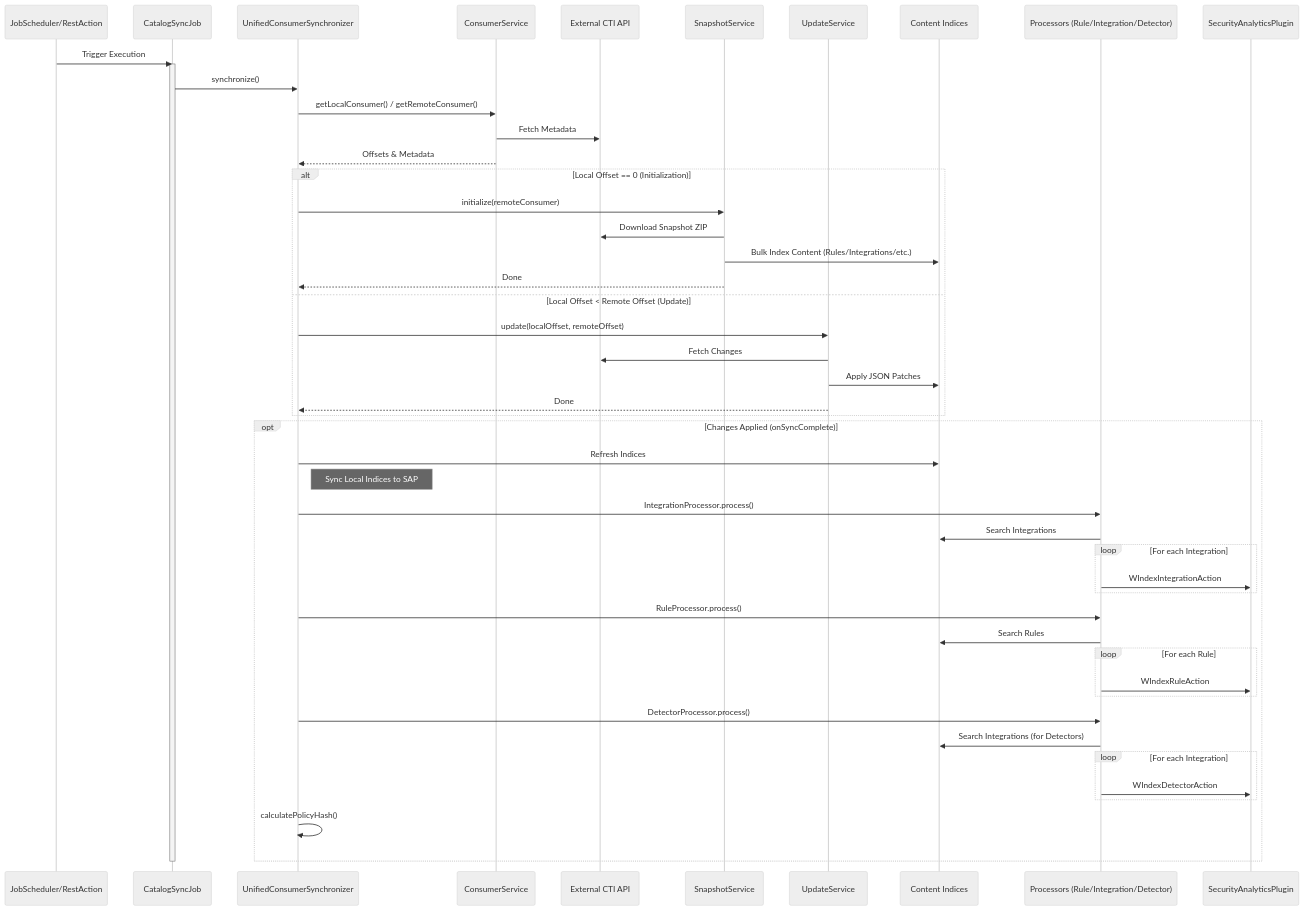
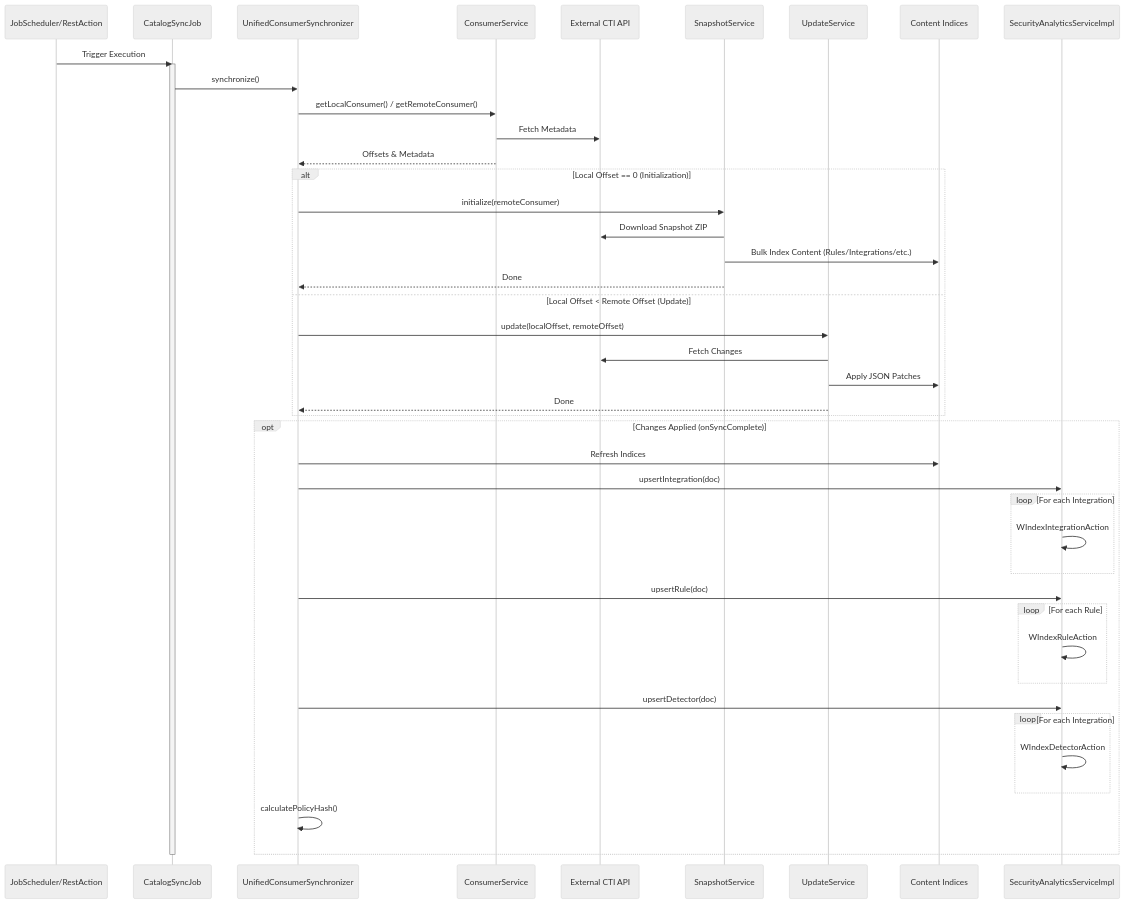
One commit to wazuh/wazuh-indexer-plugins changed the first of 6 diagrams in docs/dev/plugins/content-manager.md. Above: the diagram before and after it, drawn with Mermaid (neutral theme). The commit also changed other lines of this file and 15 other files, not shown here.

````diff
--- a/docs/dev/plugins/content-manager.md
+++ b/docs/dev/plugins/content-manager.md
@@ -192,62 +267,56 @@
 ```mermaid
 sequenceDiagram
     participant Scheduler as JobScheduler/RestAction
     participant SyncJob as CatalogSyncJob
     participant Synchronizer as UnifiedConsumerSynchronizer
     participant ConsumerSvc as ConsumerService
     participant CTI as External CTI API
     participant Snapshot as SnapshotService
     participant Update as UpdateService
     participant Indices as Content Indices
-    participant Processors as Processors (Rule/Integration/Detector)
-    participant SAP as SecurityAnalyticsPlugin
+    participant SAP as SecurityAnalyticsServiceImpl
 
     Scheduler->>SyncJob: Trigger Execution
     activate SyncJob
 
     SyncJob->>Synchronizer: synchronize()
 
     Synchronizer->>ConsumerSvc: getLocalConsumer() / getRemoteConsumer()
     ConsumerSvc->>CTI: Fetch Metadata
     ConsumerSvc-->>Synchronizer: Offsets & Metadata
 
     alt Local Offset == 0 (Initialization)
         Synchronizer->>Snapshot: initialize(remoteConsumer)
         Snapshot->>CTI: Download Snapshot ZIP
         Snapshot->>Indices: Bulk Index Content (Rules/Integrations/etc.)
         Snapshot-->>Synchronizer: Done
     else Local Offset < Remote Offset (Update)
         Synchronizer->>Update: update(localOffset, remoteOffset)
         Update->>CTI: Fetch Changes
         Update->>Indices: Apply JSON Patches
         Update-->>Synchronizer: Done
     end
 
     opt Changes Applied (onSyncComplete)
         Synchronizer->>Indices: Refresh Indices
 
-        Note right of Synchronizer: Sync Local Indices to SAP
-
-        Synchronizer->>Processors: IntegrationProcessor.process()
-        Processors->>Indices: Search Integrations
+        Synchronizer->>SAP: upsertIntegration(doc)
         loop For each Integration
-            Processors->>SAP: WIndexIntegrationAction
+            SAP->>SAP: WIndexIntegrationAction
         end
 
-        Synchronizer->>Processors: RuleProcessor.process()
-        Processors->>Indices: Search Rules
+        Synchronizer->>SAP: upsertRule(doc)
         loop For each Rule
-            Processors->>SAP: WIndexRuleAction
+            SAP->>SAP: WIndexRuleAction
         end
 
-        Synchronizer->>Processors: DetectorProcessor.process()
-        Processors->>Indices: Search Integrations (for Detectors)
+        Synchronizer->>SAP: upsertDetector(doc)
         loop For each Integration
-            Processors->>SAP: WIndexDetectorAction
+            SAP->>SAP: WIndexDetectorAction
         end
 
         Synchronizer->>Synchronizer: calculatePolicyHash()
     end
 
     deactivate SyncJob
 ```
````
